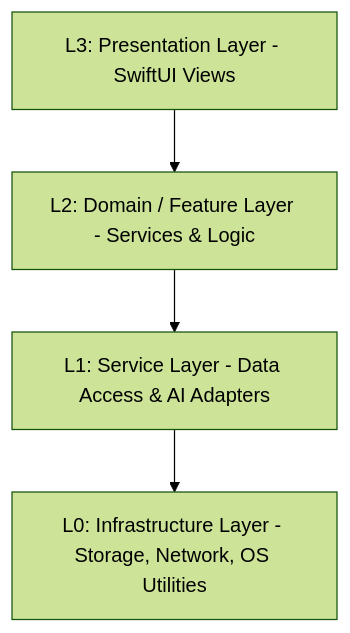
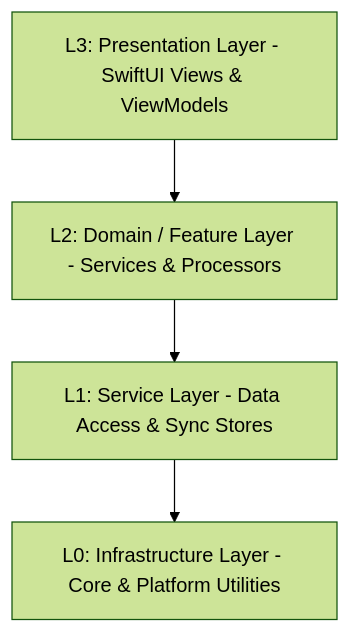
Before and after one commit to wangchong2023/zhiyu: the diagram in Docs/Architecture/LAYERING_L0_L3.md, drawn with Mermaid (forest theme). The commit also changed other lines of this file and 6989 other files, not shown here.

````diff
--- a/Docs/Architecture/LAYERING_L0_L3.md
+++ b/Docs/Architecture/LAYERING_L0_L3.md
@@ -7,7 +7,7 @@
 ```mermaid
 graph TD
-    L3[L3: Presentation Layer - SwiftUI Views] --> L2
-    L2[L2: Domain / Feature Layer - Services & Logic] --> L1
-    L1[L1: Service Layer - Data Access & AI Adapters] --> L0
-    L0[L0: Infrastructure Layer - Storage, Network, OS Utilities]
+    L3[L3: Presentation Layer - SwiftUI Views & ViewModels] --> L2
+    L2[L2: Domain / Feature Layer - Services & Processors] --> L1
+    L1[L1: Service Layer - Data Access & Sync Stores] --> L0
+    L0[L0: Infrastructure Layer - Core & Platform Utilities]
 ```
````
